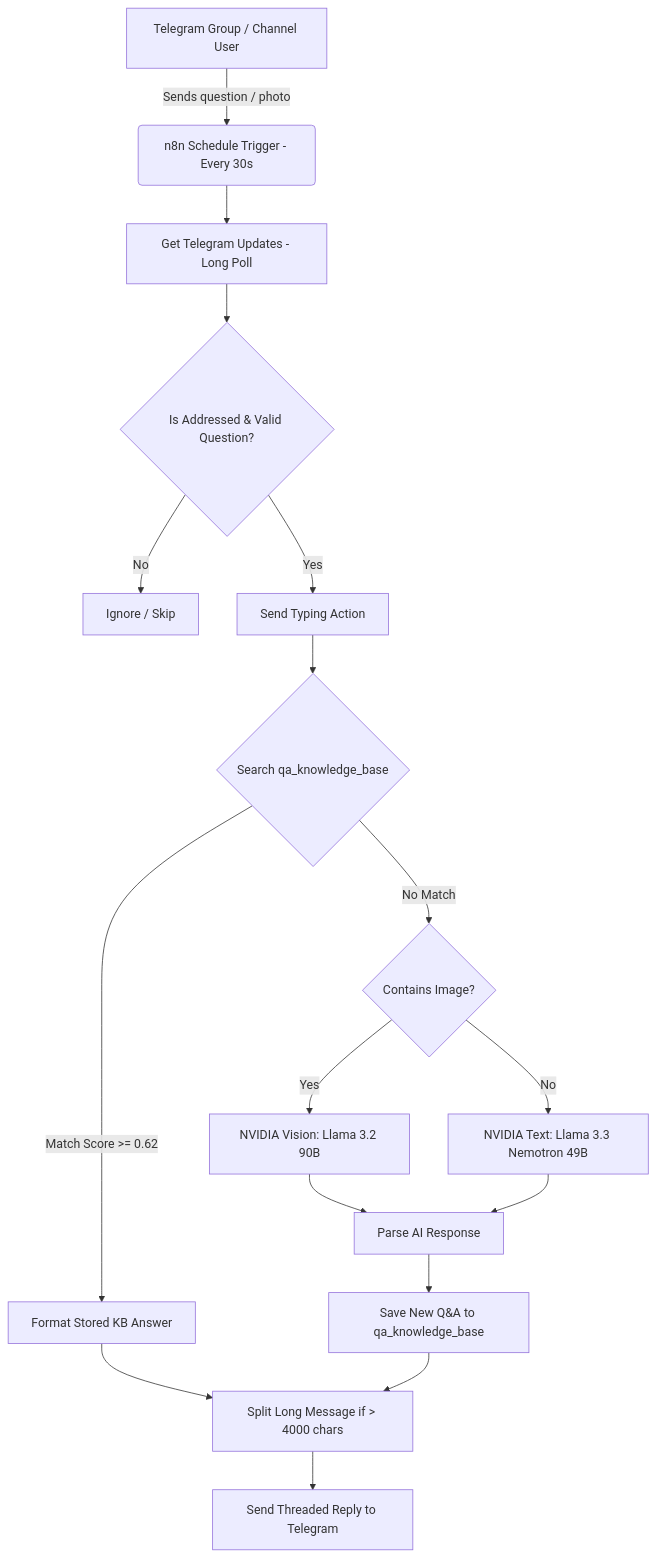
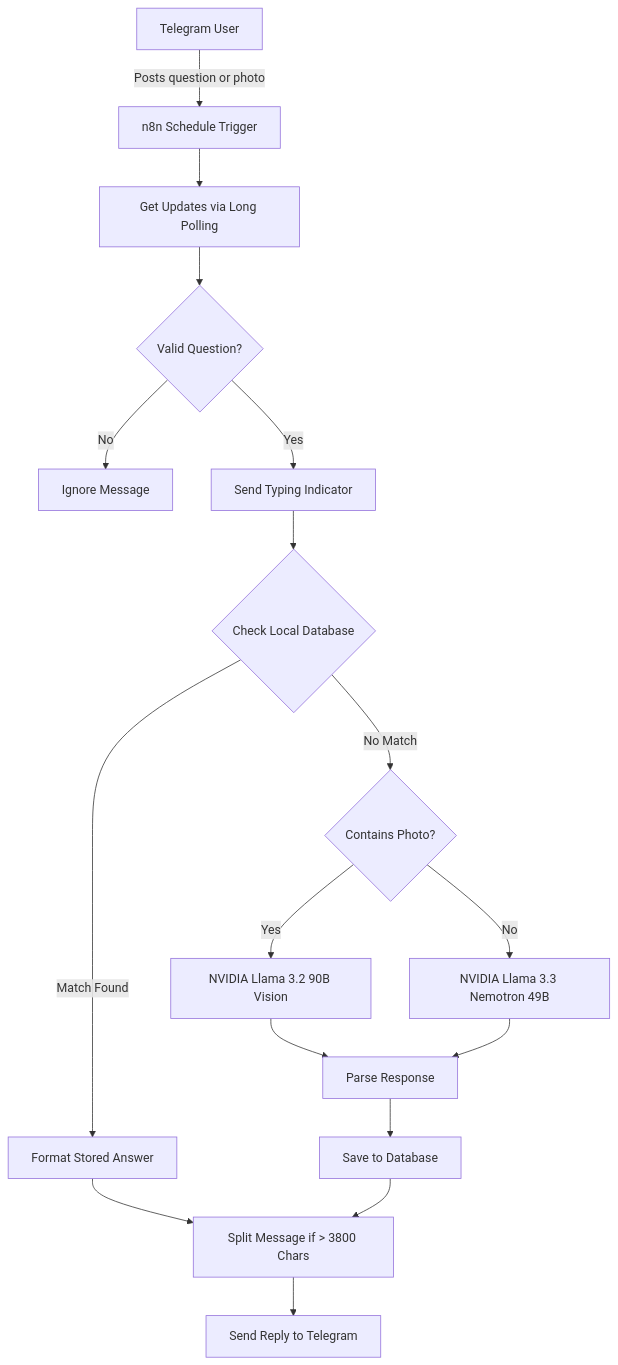
One commit to addaarrssh/n8n-telegram-community-bot changed the diagram in README.md. Above: the diagram before and after it, drawn with Mermaid. The commit also changed other lines of this file, not shown here.

````diff
--- a/README.md
+++ b/README.md
@@ -25,23 +21,23 @@
 ```mermaid
 flowchart TD
-    A[Telegram Group / Channel User] -->|Sends question / photo| B(n8n Schedule Trigger - Every 30s)
-    B --> C[Get Telegram Updates - Long Poll]
-    C --> D{Is Addressed & Valid Question?}
-    D -->|No| E[Ignore / Skip]
-    D -->|Yes| F[Send Typing Action]
-    F --> G{Search qa_knowledge_base}
+    A[Telegram User] -->|Posts question or photo| B[n8n Schedule Trigger]
+    B --> C[Get Updates via Long Polling]
+    C --> D{Valid Question?}
+    D -->|No| E[Ignore Message]
+    D -->|Yes| F[Send Typing Indicator]
+    F --> G{Check Local Database}
     
-    G -->|Match Score >= 0.62| H[Format Stored KB Answer]
-    G -->|No Match| I{Contains Image?}
+    G -->|Match Found| H[Format Stored Answer]
+    G -->|No Match| I{Contains Photo?}
     
-    I -->|Yes| J[NVIDIA Vision: Llama 3.2 90B]
-    I -->|No| K[NVIDIA Text: Llama 3.3 Nemotron 49B]
+    I -->|Yes| J[NVIDIA Llama 3.2 90B Vision]
+    I -->|No| K[NVIDIA Llama 3.3 Nemotron 49B]
     
-    J --> L[Parse AI Response]
+    J --> L[Parse Response]
     K --> L
-    L --> M[Save New Q&A to qa_knowledge_base]
+    L --> M[Save to Database]
     
-    H --> N[Split Long Message if > 4000 chars]
+    H --> N[Split Message if > 3800 Chars]
     M --> N
-    N --> O[Send Threaded Reply to Telegram]
+    N --> O[Send Reply to Telegram]
 ```
````
